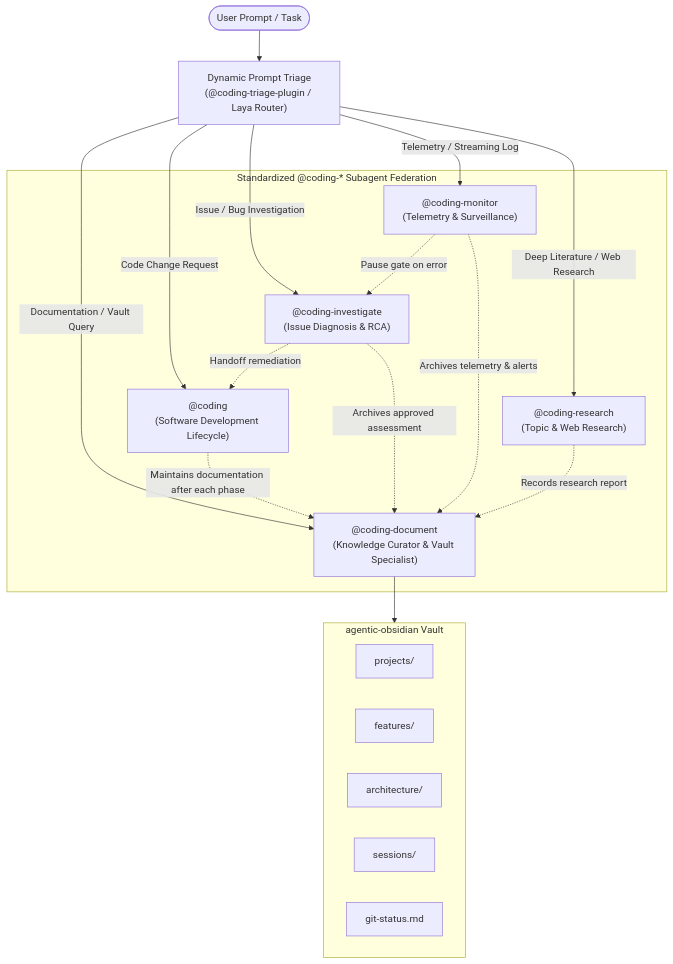
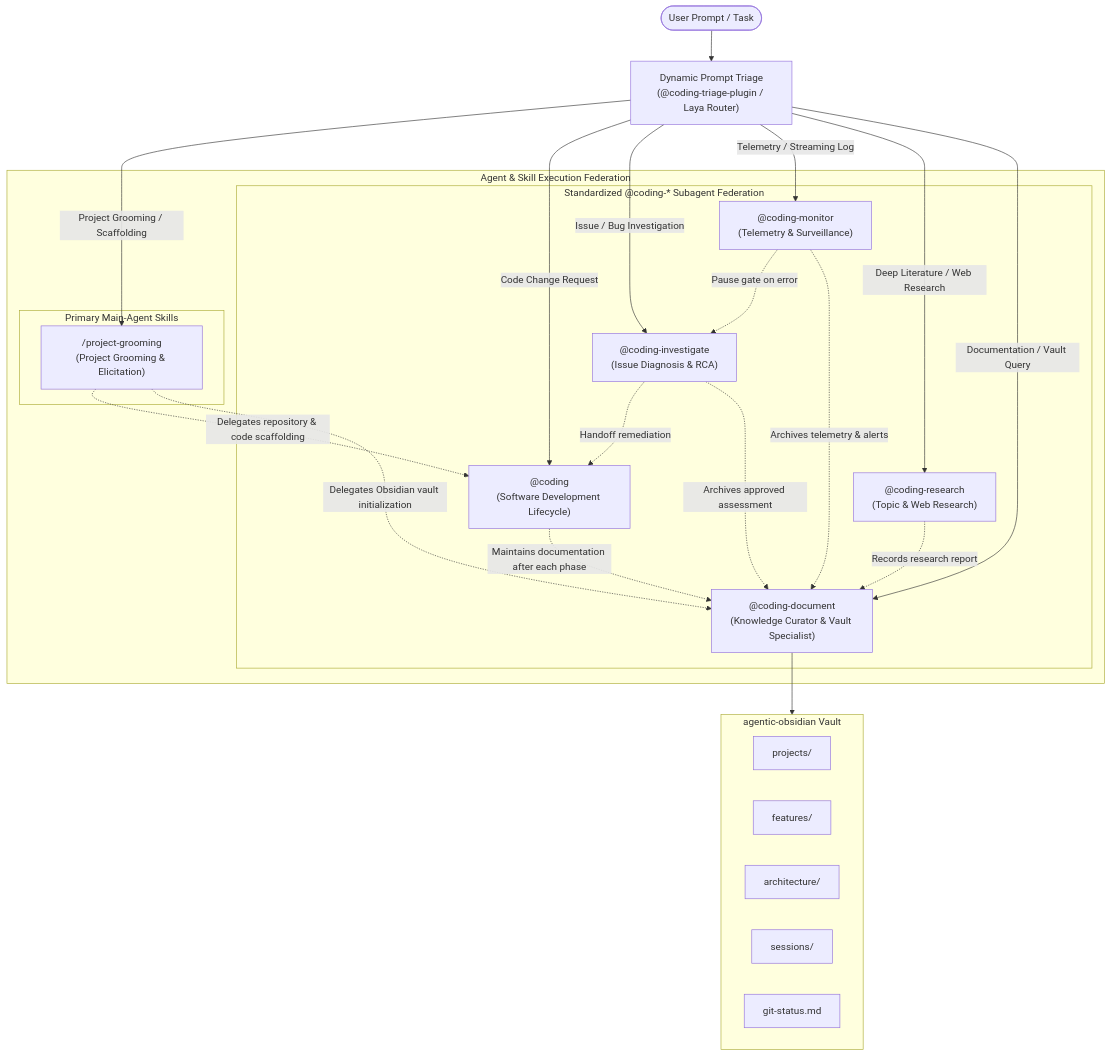
The diagram in architecture/overview.md (gpfister/agentic-obsidian), drawn with Mermaid before and after one commit. The commit also changed other lines of this file and 9 other files, not shown here.

Commit message:
docs(vault): document Phase 3 architecture plan, work breakdown, and formalize ADR-003 for project grooming plugin

````diff
--- a/architecture/overview.md
+++ b/architecture/overview.md
@@ -26,36 +26,44 @@
 ```mermaid
 flowchart TD
     User(["User Prompt / Task"]) --> Triage["Dynamic Prompt Triage<br/>(@coding-triage-plugin / Laya Router)"]
     
-    subgraph Subagents["Standardized @coding-* Subagent Federation"]
-        Orch["@coding<br/>(Software Development Lifecycle)"]
-        Investigate["@coding-investigate<br/>(Issue Diagnosis & RCA)"]
-        Monitor["@coding-monitor<br/>(Telemetry & Surveillance)"]
-        Research["@coding-research<br/>(Topic & Web Research)"]
-        Document["@coding-document<br/>(Knowledge Curator & Vault Specialist)"]
+    subgraph Execution["Agent & Skill Execution Federation"]
+        subgraph Subagents["Standardized @coding-* Subagent Federation"]
+            Orch["@coding<br/>(Software Development Lifecycle)"]
+            Investigate["@coding-investigate<br/>(Issue Diagnosis & RCA)"]
+            Monitor["@coding-monitor<br/>(Telemetry & Surveillance)"]
+            Research["@coding-research<br/>(Topic & Web Research)"]
+            Document["@coding-document<br/>(Knowledge Curator & Vault Specialist)"]
+        end
+        subgraph Skills["Primary Main-Agent Skills"]
+            Grooming["/project-grooming<br/>(Project Grooming & Elicitation)"]
+        end
     end
 
+    Triage -->|Project Grooming / Scaffolding| Grooming
     Triage -->|Code Change Request| Orch
     Triage -->|Issue / Bug Investigation| Investigate
     Triage -->|Telemetry / Streaming Log| Monitor
     Triage -->|Deep Literature / Web Research| Research
     Triage -->|Documentation / Vault Query| Document
 
-    %% Inter-subagent collaborations
+    %% Inter-subagent and skill collaborations
+    Grooming -.->|Delegates repository & code scaffolding| Orch
+    Grooming -.->|Delegates Obsidian vault initialization| Document
     Orch -.->|Maintains documentation after each phase| Document
     Investigate -.->|Handoff remediation| Orch
     Investigate -.->|Archives approved assessment| Document
     Monitor -.->|Pause gate on error| Investigate
     Monitor -.->|Archives telemetry & alerts| Document
     Research -.->|Records research report| Document
 
     subgraph Vault["agentic-obsidian Vault"]
         DocProjects["projects/"]
         DocFeatures["features/"]
         DocArch["architecture/"]
         DocSessions["sessions/"]
         DocGit["git-status.md"]
     end
 
     Document --> Vault
 ```
````
